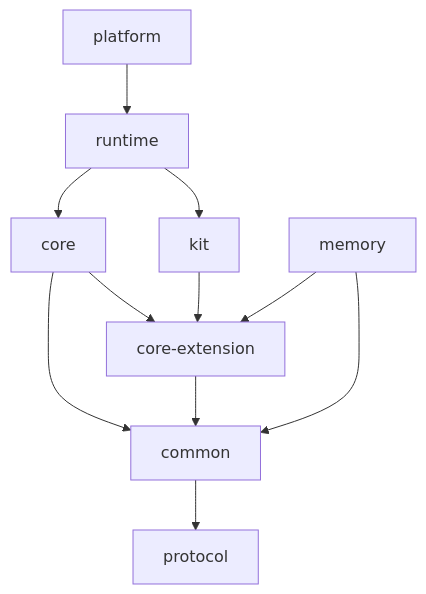
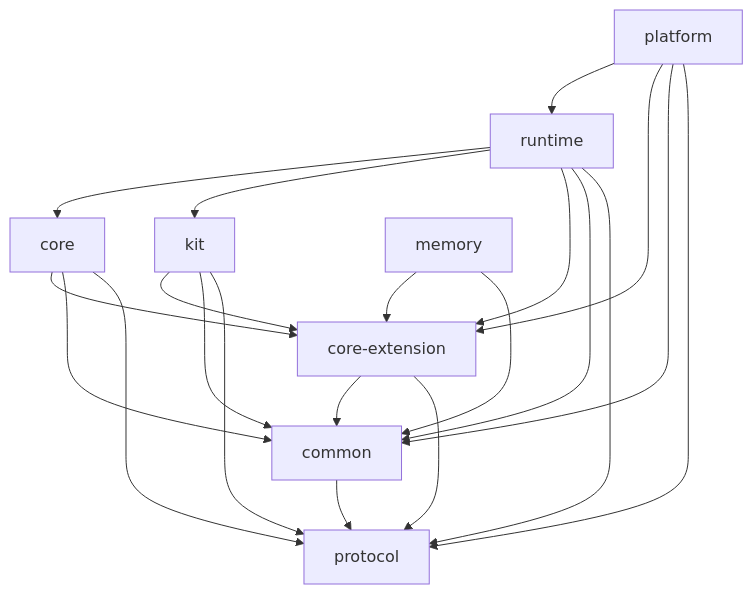
Before and after one commit to gemo12123/apex-agent: the third of 8 diagrams in docs/refact/2026-07-30-apex-agent-backend-architecture.md, drawn with Mermaid. The commit also changed other lines of this file and 24 other files, not shown here.

````diff
--- a/docs/refact/2026-07-30-apex-agent-backend-architecture.md
+++ b/docs/refact/2026-07-30-apex-agent-backend-architecture.md
@@ -124,13 +124,23 @@
 ```mermaid
 flowchart TD
     PL["platform"] --> R["runtime"]
+    PL --> CE["core-extension"]
+    PL --> C["common"]
+    PL --> P["protocol"]
     R --> CO["core"]
     R --> K["kit"]
+    R --> CE
+    R --> C
+    R --> P
     CO --> CE["core-extension"]
     CO --> C["common"]
+    CO --> P
     K --> CE
+    K --> C
+    K --> P
     CE --> C
+    CE --> P
     C --> P["protocol"]
     M["memory"] --> CE
     M --> C
 ```
````
